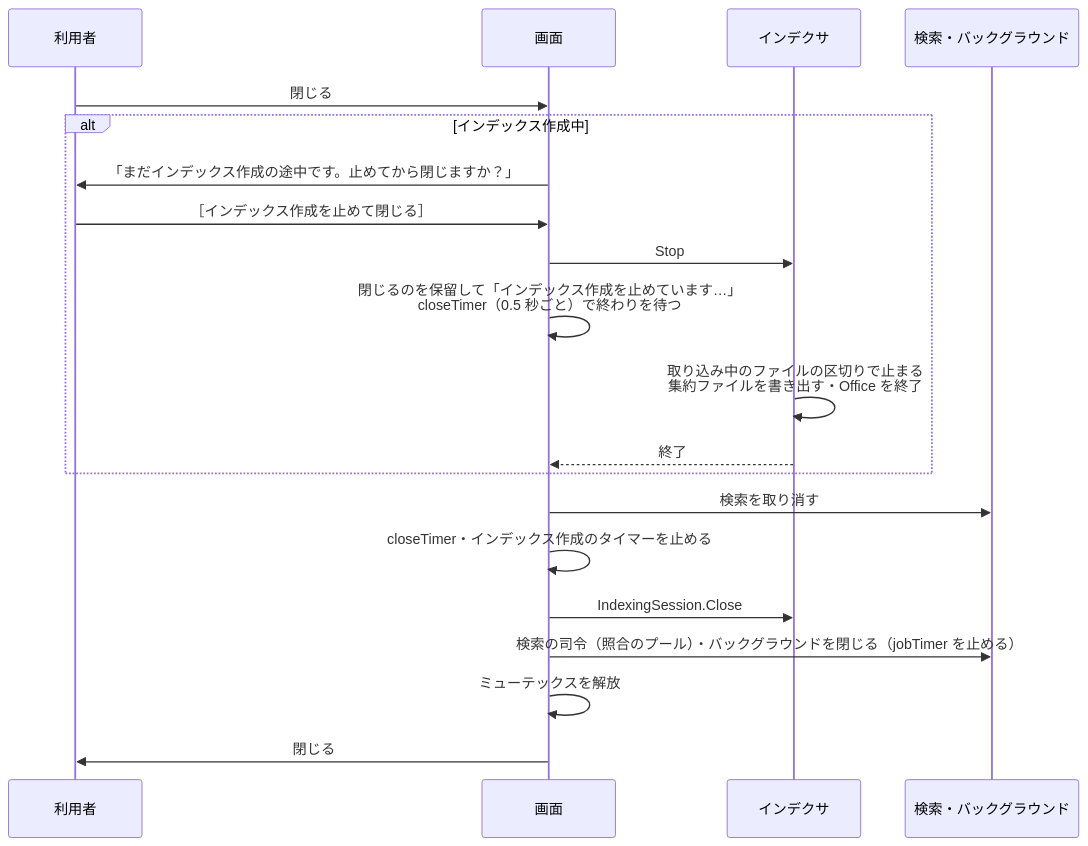
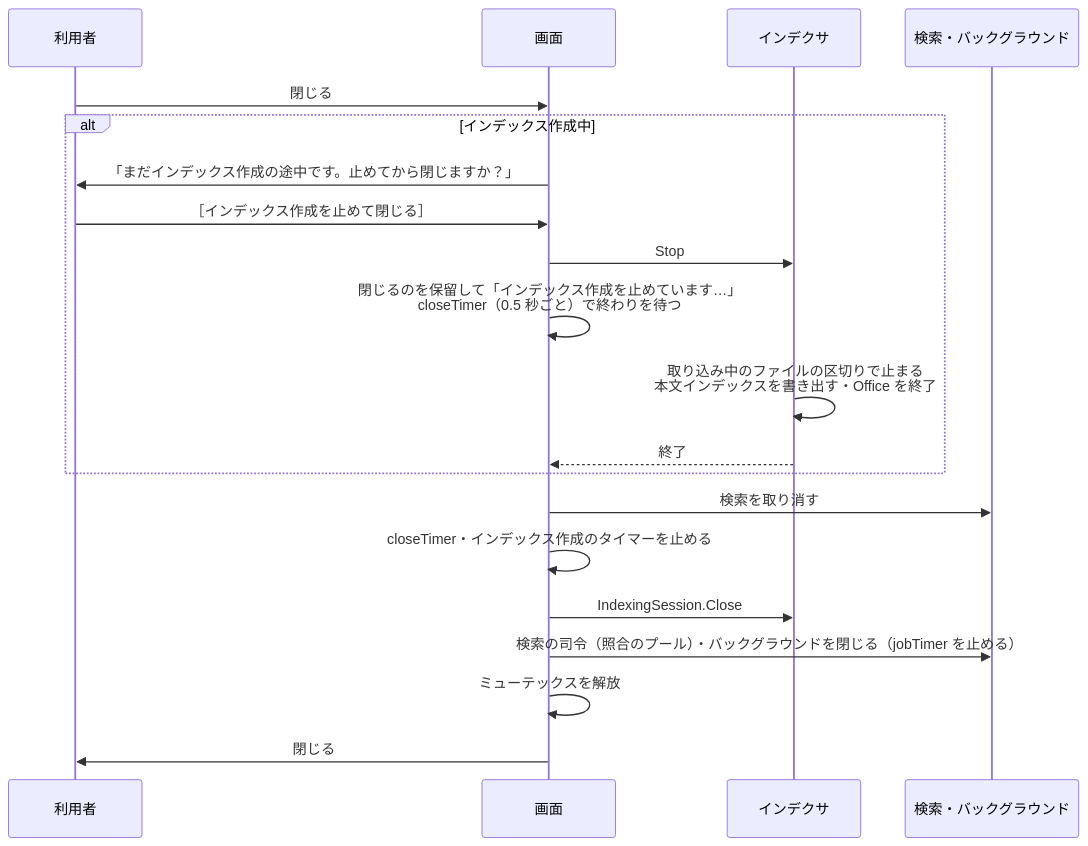
One commit to hsgwa/tebunko changed the second of 2 diagrams in docs/design/architecture/threads.md. Above: the diagram before and after it, drawn with Mermaid. The commit also changed other lines of this file and 27 other files, not shown here.

````diff
--- a/docs/design/architecture/threads.md
+++ b/docs/design/architecture/threads.md
@@ -151,22 +151,22 @@
 ```mermaid
 sequenceDiagram
     participant U as 利用者
     participant G as 画面
     participant I as インデクサ
     participant S as 検索・バックグラウンド
     U->>G: 閉じる
     alt インデックス作成中
         G->>U: 「まだインデックス作成の途中です。止めてから閉じますか？」
         U->>G: ［インデックス作成を止めて閉じる］
         G->>I: Stop
         G->>G: 閉じるのを保留して「インデックス作成を止めています…」<br>closeTimer（0.5 秒ごと）で終わりを待つ
-        I->>I: 取り込み中のファイルの区切りで止まる<br>集約ファイルを書き出す・Office を終了
+        I->>I: 取り込み中のファイルの区切りで止まる<br>本文インデックスを書き出す・Office を終了
         I-->>G: 終了
     end
     G->>S: 検索を取り消す
     G->>G: closeTimer・インデックス作成のタイマーを止める
     G->>I: IndexingSession.Close
     G->>S: 検索の司令（照合のプール）・バックグラウンドを閉じる（jobTimer を止める）
     G->>G: ミューテックスを解放
     G->>U: 閉じる
 ```
````
